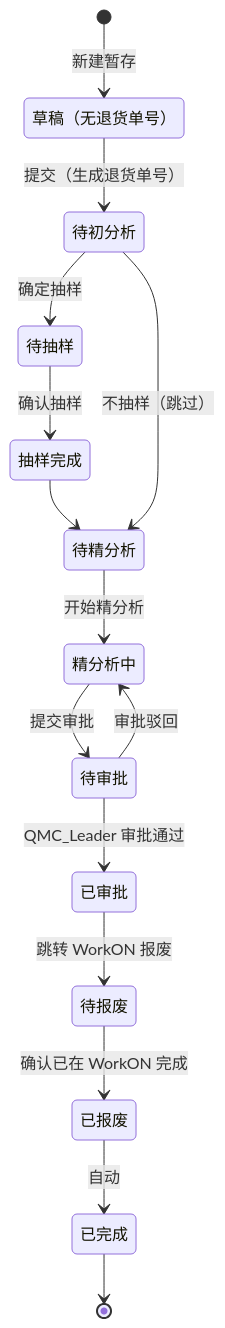
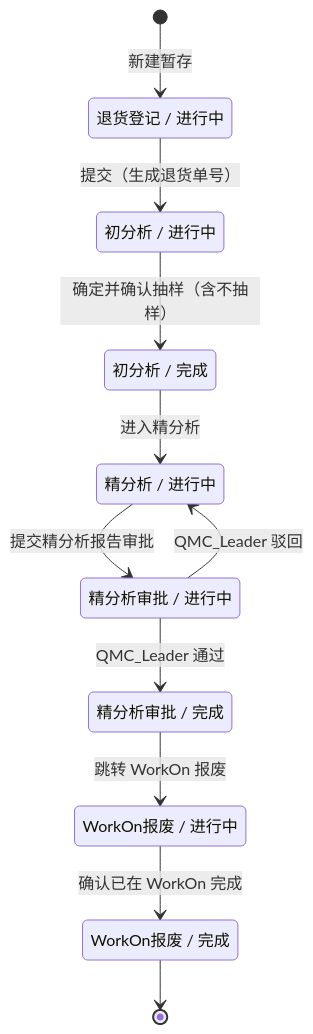
The third of 12 diagrams in 开发设计文档.md (xvfeiran/wfam-doc), drawn with Mermaid before and after one commit. The commit also changed other lines of this file, not shown here.

````diff
--- a/开发设计文档.md
+++ b/开发设计文档.md
@@ -283,29 +283,22 @@
 ```mermaid
 stateDiagram-v2
-    state "草稿（无退货单号）" as pending_registration
-    state "待初分析" as pending_initial_analysis
-    state "待抽样" as pending_sampling
-    state "抽样完成" as sampling_completed
-    state "待精分析" as pending_detailed_analysis
-    state "精分析中" as in_detailed_analysis
-    state "待审批" as pending_approval
-    state "已审批" as approved
-    state "待报废" as pending_scrap
-    state "已报废" as scrapped
-    state "已完成" as completed
+    state "退货登记 / 进行中" as reg_ip
+    state "初分析 / 进行中" as ia_ip
+    state "初分析 / 完成" as ia_done
+    state "精分析 / 进行中" as da_ip
+    state "精分析审批 / 进行中" as ap_ip
+    state "精分析审批 / 完成" as ap_done
+    state "WorkOn报废 / 进行中" as scrap_ip
+    state "WorkOn报废 / 完成" as scrap_done
 
-    [*] --> pending_registration: 新建暂存
-    pending_registration --> pending_initial_analysis: 提交（生成退货单号）
-    pending_initial_analysis --> pending_sampling: 确定抽样
-    pending_sampling --> sampling_completed: 确认抽样
-    sampling_completed --> pending_detailed_analysis
-    pending_initial_analysis --> pending_detailed_analysis: 不抽样（跳过）
-    pending_detailed_analysis --> in_detailed_analysis: 开始精分析
-    in_detailed_analysis --> pending_approval: 提交审批
-    pending_approval --> in_detailed_analysis: 审批驳回
-    pending_approval --> approved: QMC_Leader 审批通过
-    approved --> pending_scrap: 跳转 WorkON 报废
-    pending_scrap --> scrapped: 确认已在 WorkON 完成
-    scrapped --> completed: 自动
-    completed --> [*]
+    [*] --> reg_ip: 新建暂存
+    reg_ip --> ia_ip: 提交（生成退货单号）
+    ia_ip --> ia_done: 确定并确认抽样（含不抽样）
+    ia_done --> da_ip: 进入精分析
+    da_ip --> ap_ip: 提交精分析报告审批
+    ap_ip --> da_ip: QMC_Leader 驳回
+    ap_ip --> ap_done: QMC_Leader 通过
+    ap_done --> scrap_ip: 跳转 WorkOn 报废
+    scrap_ip --> scrap_done: 确认已在 WorkOn 完成
+    scrap_done --> [*]
 ```
````
